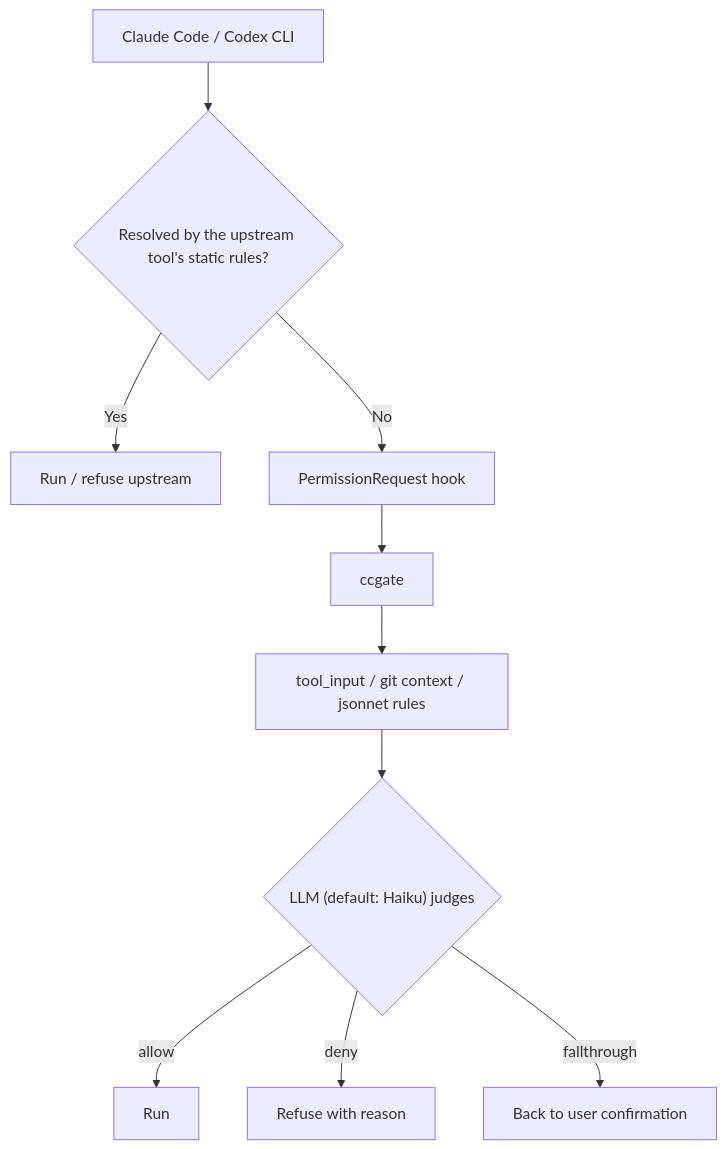
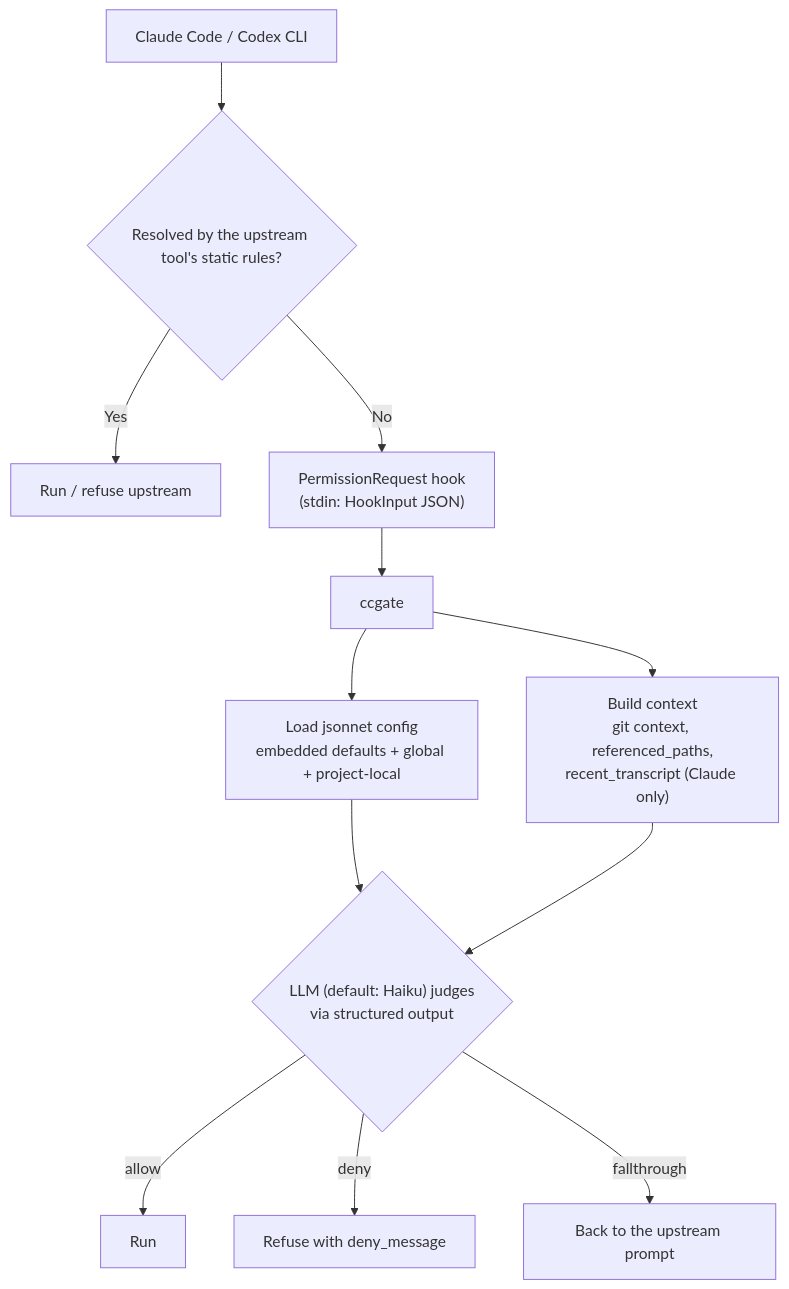
One commit to tak848/ccgate changed the diagram in README.md. Above: the diagram before and after it, drawn with Mermaid. The commit also changed 1 other file, not shown here.

Commit message:
docs(readme): fold the Concepts ASCII detail back into the mermaid
The previous mermaid replacement dropped four pieces of information
that the old ASCII pipeline carried: the three-layer jsonnet config
(embedded defaults + global + project-local), the context fields
(git context, referenced_paths, recent_transcript Claude-only), the
wire format on the way in (stdin: HookInput JSON), and the structured-
output framing for the LLM call. Add them back as mermaid node labels
so the diagram now carries the same information as the prior text
diagram plus the upstream-static-rules branch that the mermaid added.

````diff
--- a/README.md
+++ b/README.md
@@ -155,12 +155,14 @@
 ```mermaid
 flowchart TD
   A["Claude Code / Codex CLI"] --> B{"Resolved by the upstream tool's static rules?"}
   B -->|Yes| C["Run / refuse upstream"]
-  B -->|No| D["PermissionRequest hook"]
+  B -->|No| D["PermissionRequest hook<br/>(stdin: HookInput JSON)"]
   D --> E["ccgate"]
-  E --> F["tool_input / git context / jsonnet rules"]
-  F --> G{"LLM (default: Haiku) judges"}
+  E --> F1["Load jsonnet config<br/>embedded defaults + global + project-local"]
+  E --> F2["Build context<br/>git context, referenced_paths,<br/>recent_transcript (Claude only)"]
+  F1 --> G{"LLM (default: Haiku) judges<br/>via structured output"}
+  F2 --> G
   G -->|allow| H["Run"]
-  G -->|deny| I["Refuse with reason"]
-  G -->|fallthrough| J["Back to user confirmation"]
+  G -->|deny| I["Refuse with deny_message"]
+  G -->|fallthrough| J["Back to the upstream prompt"]
 ```
````
